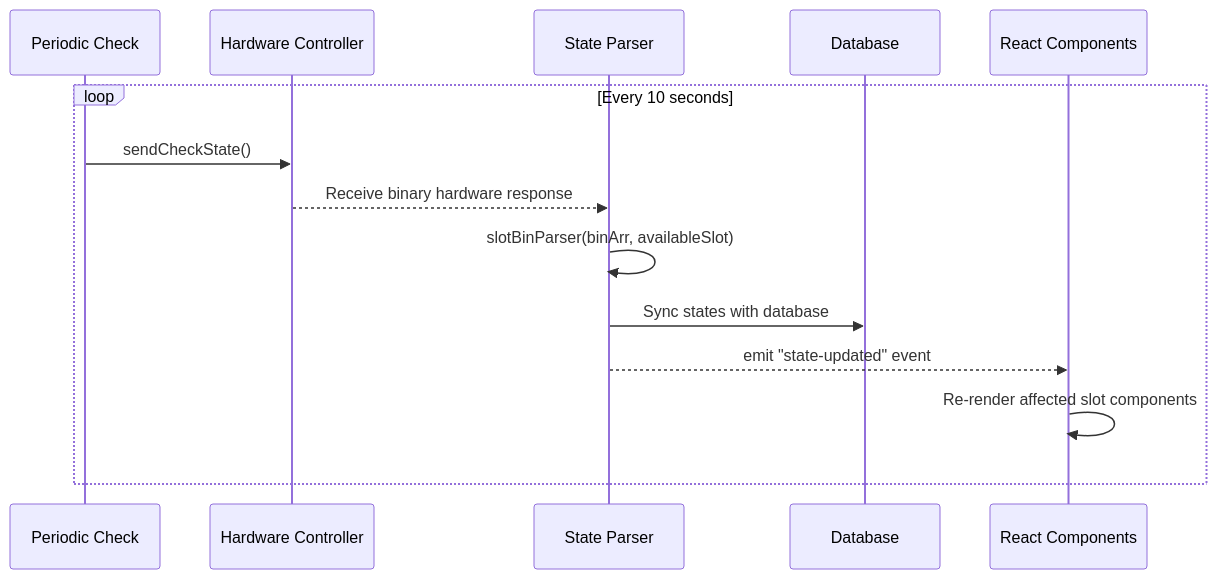
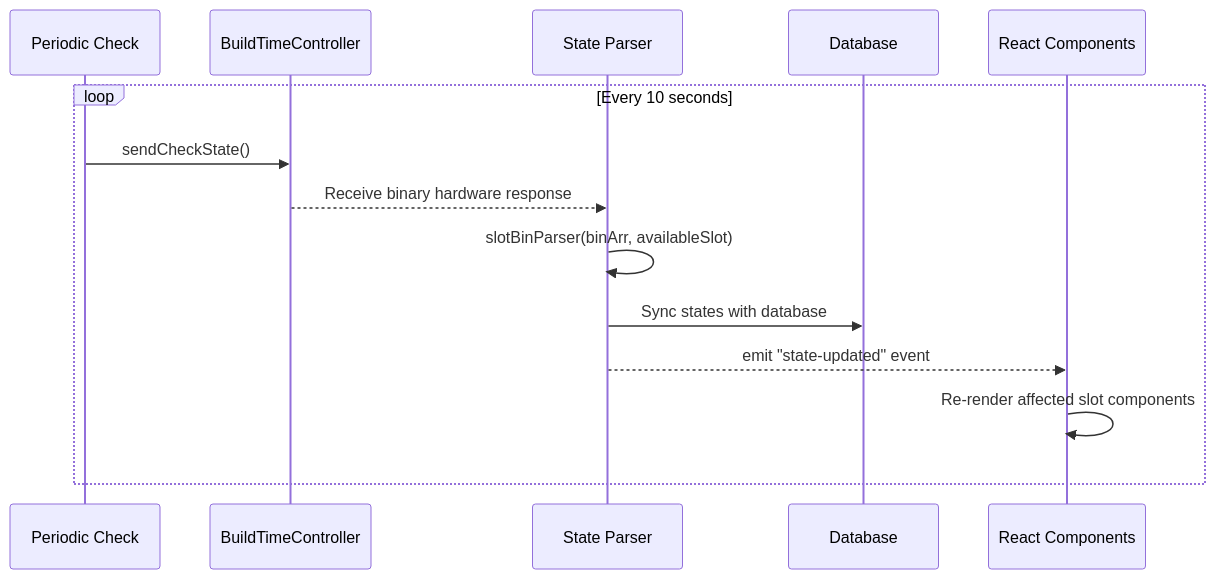
The ninth of 11 diagrams in docs/system-architecture/05-data-flow-patterns.md (mojisejr/smc-app), drawn with Mermaid before and after one commit. The commit also changed other lines of this file and 16 other files, not shown here.

````diff
--- a/docs/system-architecture/05-data-flow-patterns.md
+++ b/docs/system-architecture/05-data-flow-patterns.md
@@ -358,17 +358,17 @@
 ```mermaid
 sequenceDiagram
     participant Timer as Periodic Check
-    participant KU16 as Hardware Controller
+    participant CTRL as BuildTimeController
     participant Parse as State Parser
     participant DB as Database
     participant UI as React Components
 
     loop Every 10 seconds
-        Timer->>KU16: sendCheckState()
-        KU16-->>Parse: Receive binary hardware response
+        Timer->>CTRL: sendCheckState()
+        CTRL-->>Parse: Receive binary hardware response
         Parse->>Parse: slotBinParser(binArr, availableSlot)
         Parse->>DB: Sync states with database
         Parse-->>UI: emit "state-updated" event
         UI->>UI: Re-render affected slot components
     end
 ```
````
